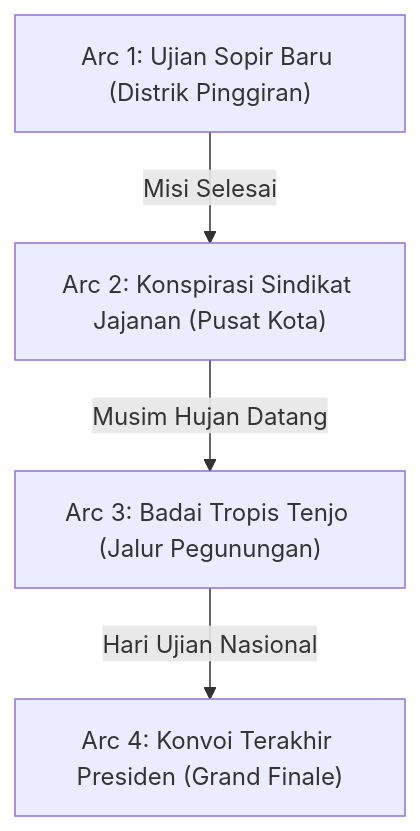
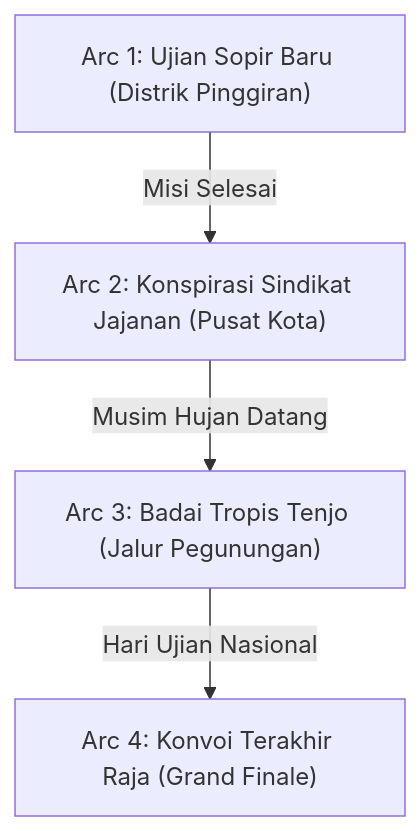
One commit to putrinurfebrianti/King-Ari-s-Missions changed the diagram in STORY_DAN_OPENING_MBG_EXPRESS.md. Above: the diagram before and after it, drawn with Mermaid. The commit also changed other lines of this file and 178 other files, not shown here.

````diff
--- a/STORY_DAN_OPENING_MBG_EXPRESS.md
+++ b/STORY_DAN_OPENING_MBG_EXPRESS.md
@@ -74,6 +74,6 @@
 ```mermaid
 flowchart TD
     Arc1["Arc 1: Ujian Sopir Baru (Distrik Pinggiran)"] -->|Misi Selesai| Arc2["Arc 2: Konspirasi Sindikat Jajanan (Pusat Kota)"]
     Arc2 -->|Musim Hujan Datang| Arc3["Arc 3: Badai Tropis Tenjo (Jalur Pegunungan)"]
-    Arc3 -->|Hari Ujian Nasional| Arc4["Arc 4: Konvoi Terakhir Presiden (Grand Finale)"]
+    Arc3 -->|Hari Ujian Nasional| Arc4["Arc 4: Konvoi Terakhir Raja (Grand Finale)"]
 ```
````
